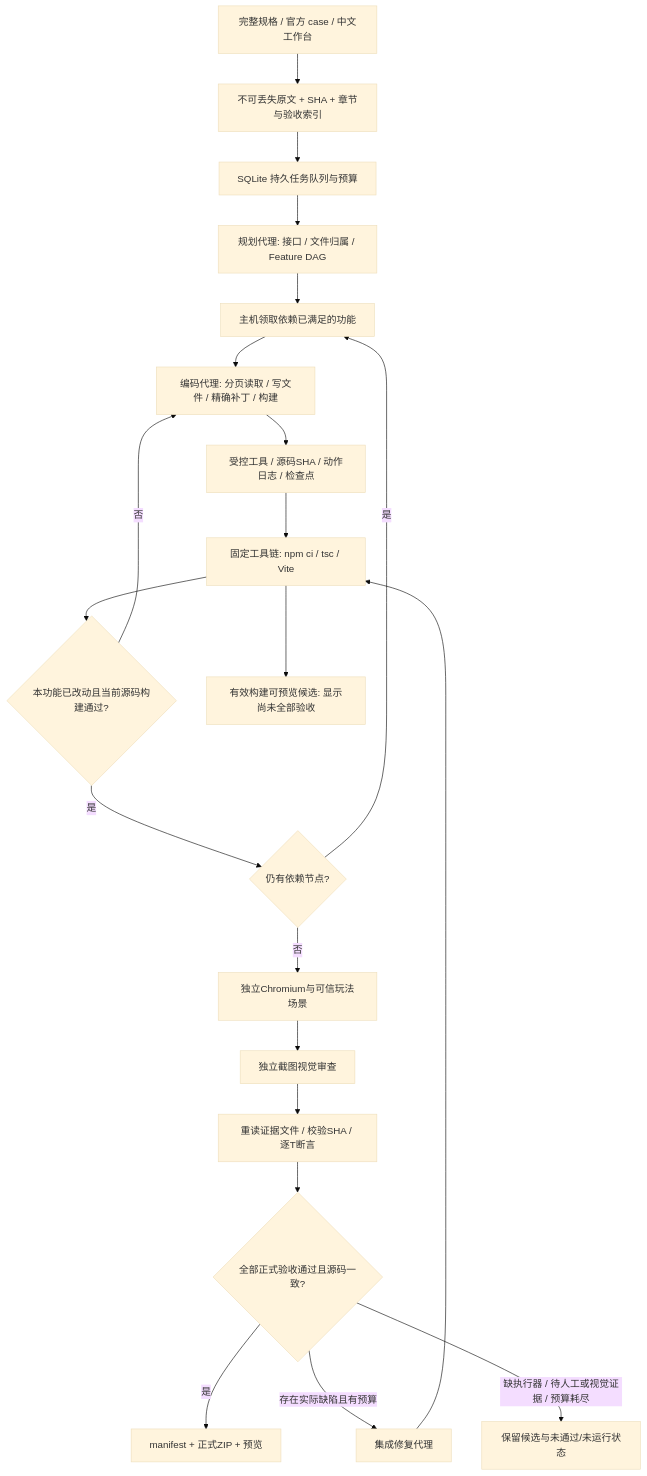
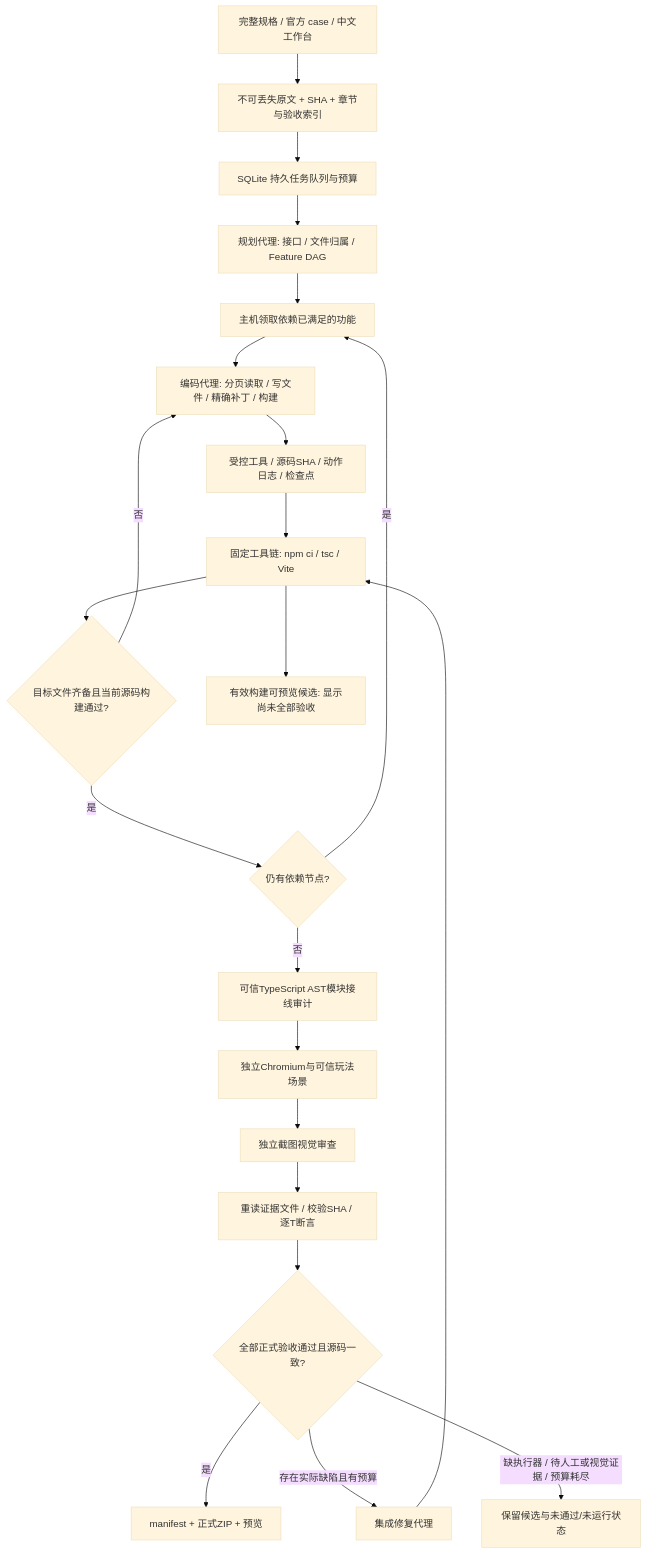
The diagram in docs/harness.md (zywgngc/zhangjianghackathon), drawn with Mermaid (base theme) before and after one commit. The commit also changed other lines of this file and 13 other files, not shown here.

````diff
--- a/docs/harness.md
+++ b/docs/harness.md
@@ -9,23 +9,24 @@
 ```mermaid
 flowchart TD
     Input[完整规格 / 官方 case / 中文工作台] --> Source[不可丢失原文 + SHA + 章节与验收索引]
     Source --> Queue[SQLite 持久任务队列与预算]
     Queue --> Plan[规划代理: 接口 / 文件归属 / Feature DAG]
     Plan --> Claim[主机领取依赖已满足的功能]
     Claim --> Agent[编码代理: 分页读取 / 写文件 / 精确补丁 / 构建]
     Agent --> Tools[受控工具 / 源码SHA / 动作日志 / 检查点]
     Tools --> Compile[固定工具链: npm ci / tsc / Vite]
-    Compile --> FeatureGate{本功能已改动且当前源码构建通过?}
+    Compile --> FeatureGate{目标文件齐备且当前源码构建通过?}
     FeatureGate -->|否| Agent
     FeatureGate -->|是| Next{仍有依赖节点?}
     Next -->|是| Claim
-    Next -->|否| Browser[独立Chromium与可信玩法场景]
+    Next -->|否| Integration[可信TypeScript AST模块接线审计]
+    Integration --> Browser[独立Chromium与可信玩法场景]
     Browser --> Visual[独立截图视觉审查]
     Visual --> Evidence[重读证据文件 / 校验SHA / 逐T断言]
     Evidence --> Gate{全部正式验收通过且源码一致?}
     Gate -->|是| Release[manifest + 正式ZIP + 预览]
     Gate -->|存在实际缺陷且有预算| Repair[集成修复代理]
     Repair --> Compile
     Gate -->|缺执行器 / 待人工或视觉证据 / 预算耗尽| Pending[保留候选与未通过/未运行状态]
     Compile --> Candidate[有效构建可预览候选: 显示尚未全部验收]
 ```
````
